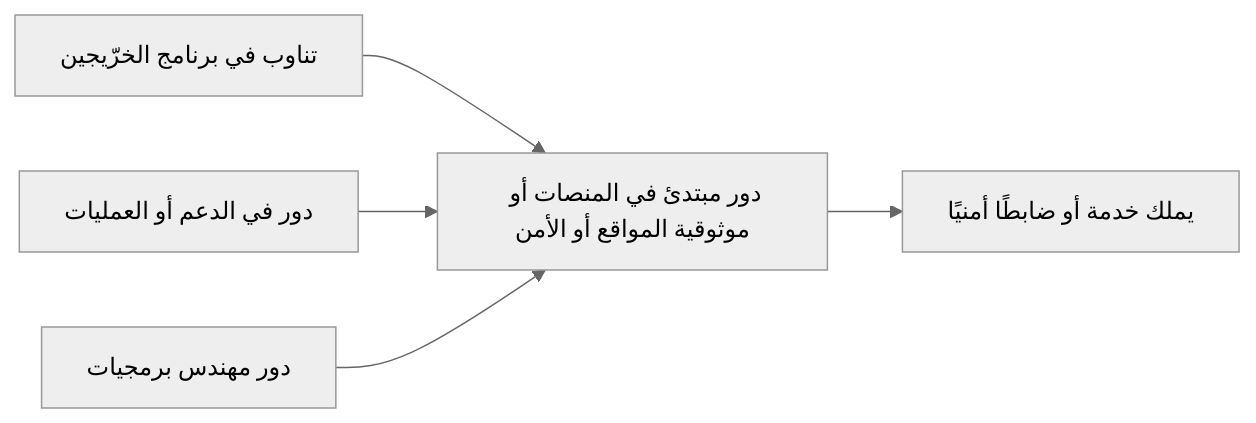
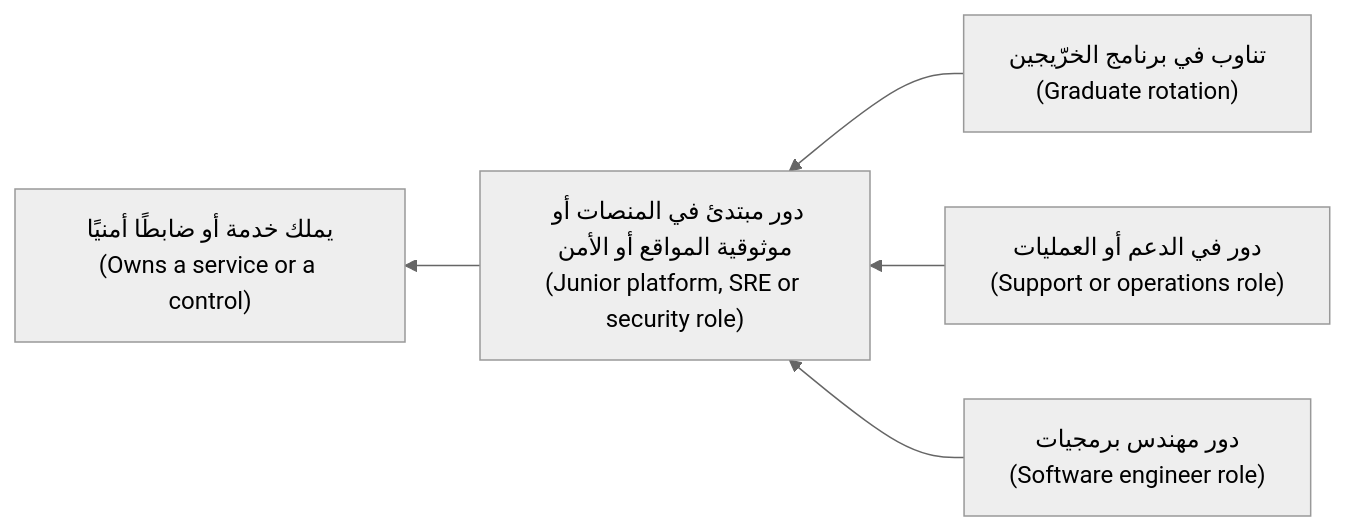
The fourth of 4 diagrams in career/modules/02-paths.ar.md (Tamoura/system-design-for-vibe-coders), drawn with Mermaid (neutral theme) before and after one commit. The commit also changed other lines of this file and 20 other files, not shown here.

First line of the commit message:
New courses: Arabic diagrams read right-to-left with English labels (modules 0–6)

````diff
--- a/career/modules/02-paths.ar.md
+++ b/career/modules/02-paths.ar.md
@@ -774,7 +774,7 @@
 ```mermaid
-flowchart LR
-    A["تناوب في برنامج الخرّيجين"] --> D["دور مبتدئ في المنصات أو موثوقية المواقع أو الأمن"]
-    B["دور في الدعم أو العمليات"] --> D
-    C["دور مهندس برمجيات"] --> D
-    D --> E["يملك خدمة أو ضابطًا أمنيًا"]
+flowchart RL
+    A["تناوب في برنامج الخرّيجين<br/>(Graduate rotation)"] --> D["دور مبتدئ في المنصات أو موثوقية المواقع أو الأمن<br/>(Junior platform, SRE or security role)"]
+    B["دور في الدعم أو العمليات<br/>(Support or operations role)"] --> D
+    C["دور مهندس برمجيات<br/>(Software engineer role)"] --> D
+    D --> E["يملك خدمة أو ضابطًا أمنيًا<br/>(Owns a service or a control)"]
 ```
````
